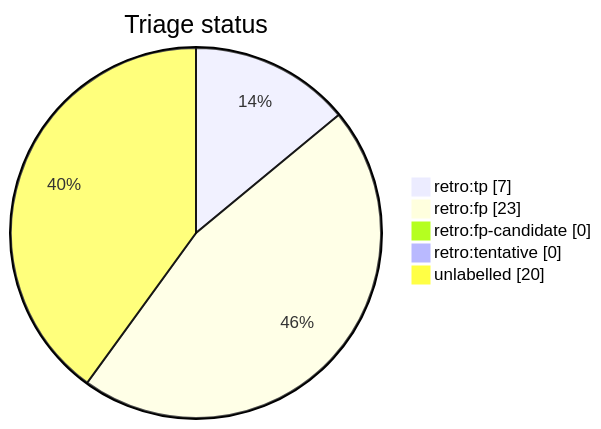
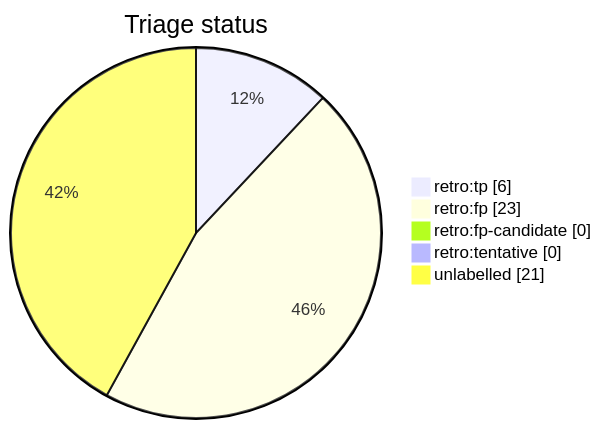
The diagram in docs/generated/scripts/auto-retro-triage-report.md (tvna/claude-md), drawn with Mermaid before and after one commit. The commit also changed other lines of this file, not shown here.

First line of the commit message:
chore(auto-retro): refresh triage report

````diff
--- a/docs/generated/scripts/auto-retro-triage-report.md
+++ b/docs/generated/scripts/auto-retro-triage-report.md
@@ -15,9 +15,9 @@
 ```mermaid
 pie showData
     title Triage status
-    "retro:tp" : 7
+    "retro:tp" : 6
     "retro:fp" : 23
     "retro:fp-candidate" : 0
     "retro:tentative" : 0
-    "unlabelled" : 20
+    "unlabelled" : 21
 ```
````
